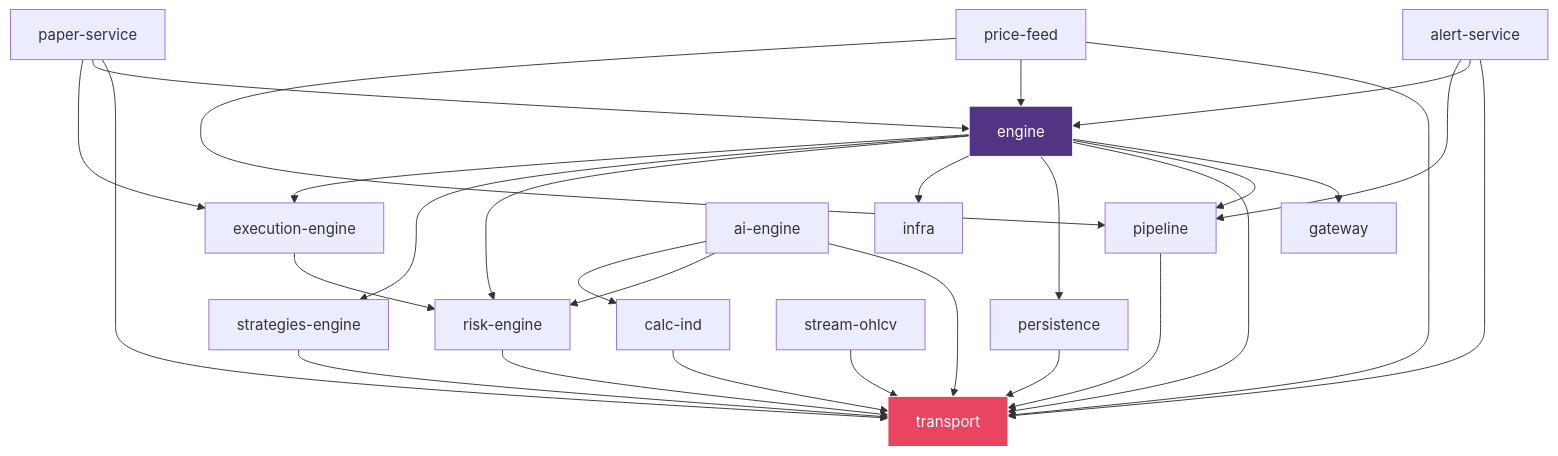
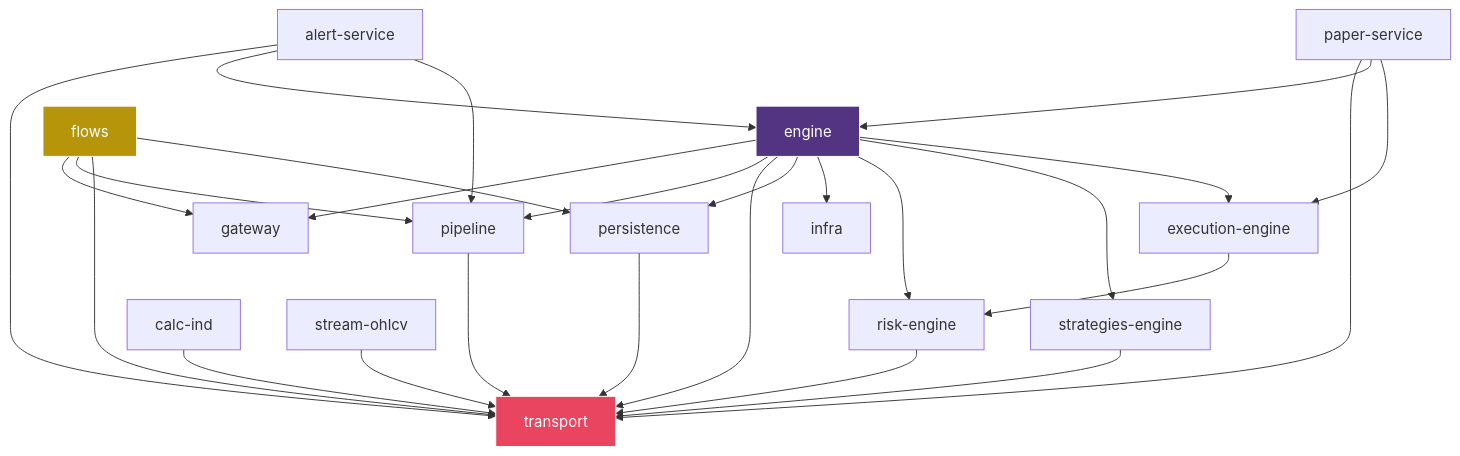
The ninth of 10 diagrams in cycle-engine/cycle_engine_architecture.md (Quant-Trade-Lab-Community/cycle_finance_bot), drawn with Mermaid before and after one commit. The commit also changed other lines of this file and 105 other files, not shown here.

Commit message:
feat: flows veri hattı — 8 bağımsız akış (WS/REST → ring → TimescaleDB), rate gate, REST fallback + weight izleme; price-feed kaldırıldı; ai-engine & unused_services Desktop'a taşındı

````diff
--- a/cycle-engine/cycle_engine_architecture.md
+++ b/cycle-engine/cycle_engine_architecture.md
@@ -465,54 +588,52 @@
 ```mermaid
 graph TD
     TR["transport"] 
     GW["gateway"]
     PL["pipeline"]
     EN["engine"]
+    FL["flows"]
     PE["persistence"]
     IN["infra"]
     
     RI["risk-engine"]
     SE["strategies-engine"]
     EE["execution-engine"]
-    AI["ai-engine"]
     
     AS["alert-service"]
-    PF["price-feed"]
     PS["paper-service"]
     CI["calc-ind"]
     SO["stream-ohlcv"]
 
+    FL --> GW
+    FL --> PL
+    FL --> TR
+    FL --> PE
     EN --> GW
     EN --> PL
     EN --> TR
     EN --> PE
     EN --> IN
     EN --> RI
     EN --> SE
     EN --> EE
     
     PL --> TR
     PE --> TR
     
     RI --> TR
     SE --> TR
-    AI --> TR
-    AI --> RI
-    AI --> CI
     EE --> RI
     
     AS --> TR
     AS --> EN
     AS --> PL
-    PF --> TR
-    PF --> EN
-    PF --> PL
     PS --> TR
     PS --> EN
     PS --> EE
     CI --> TR
     SO --> TR
 
     style TR fill:#e94560,stroke:#fff,color:#fff
     style EN fill:#533483,stroke:#fff,color:#fff
+    style FL fill:#b7950b,stroke:#fff,color:#fff
 ```
````
